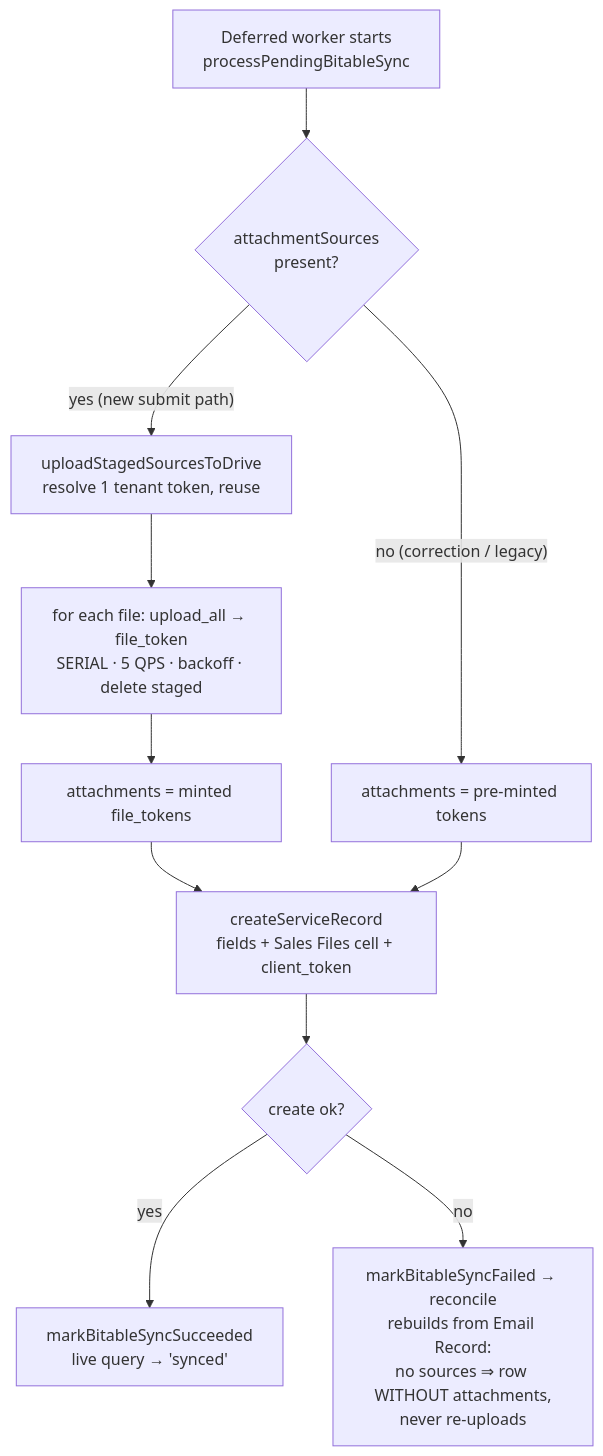
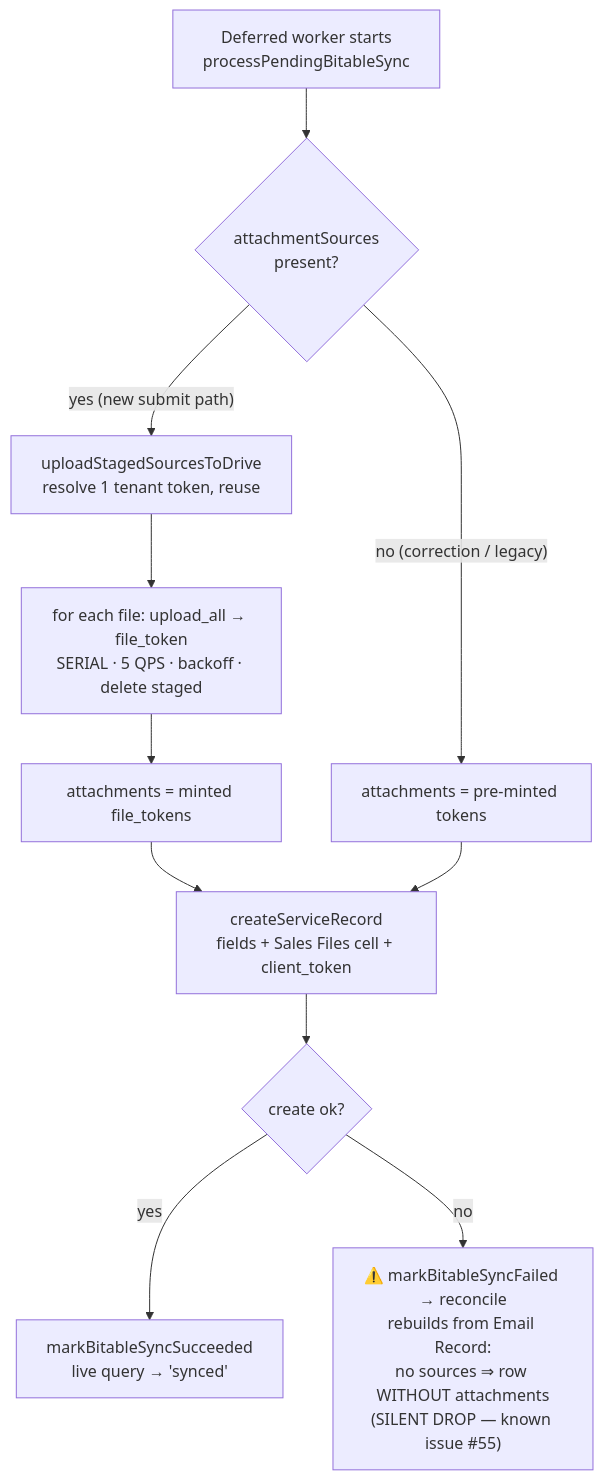
One commit to fpcMotif/outlook-feishu-bridge changed the third of 4 diagrams in docs/diagrams/attachment-upload-cloud-doc-flow.md. Above: the diagram before and after it, drawn with Mermaid. The commit also changed other lines of this file and 1 other file, not shown here.

First line of the commit message:
docs(adr-0022): propose no-bare-row invariant + manifest-backed pre-mint (#55)

````diff
--- a/docs/diagrams/attachment-upload-cloud-doc-flow.md
+++ b/docs/diagrams/attachment-upload-cloud-doc-flow.md
@@ -87,13 +87,13 @@
 ```mermaid
 flowchart TD
     A[Deferred worker starts<br/>processPendingBitableSync] --> B{attachmentSources<br/>present?}
     B -- "yes (new submit path)" --> C[uploadStagedSourcesToDrive<br/>resolve 1 tenant token, reuse]
     C --> D[for each file: upload_all → file_token<br/>SERIAL · 5 QPS · backoff · delete staged]
     D --> E[attachments = minted file_tokens]
     B -- "no (correction / legacy)" --> F[attachments = pre-minted tokens]
     E --> G[createServiceRecord<br/>fields + Sales Files cell + client_token]
     F --> G
     G --> H{create ok?}
     H -- yes --> I[markBitableSyncSucceeded<br/>live query → 'synced']
-    H -- no --> J[markBitableSyncFailed → reconcile<br/>rebuilds from Email Record:<br/>no sources ⇒ row WITHOUT attachments,<br/>never re-uploads]
+    H -- no --> J["⚠️ markBitableSyncFailed → reconcile<br/>rebuilds from Email Record:<br/>no sources ⇒ row WITHOUT attachments<br/>(SILENT DROP — known issue #55)"]
 ```
````
